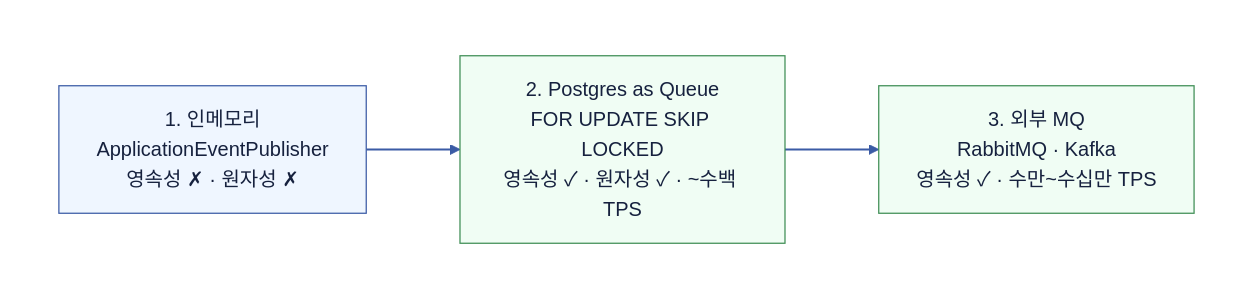
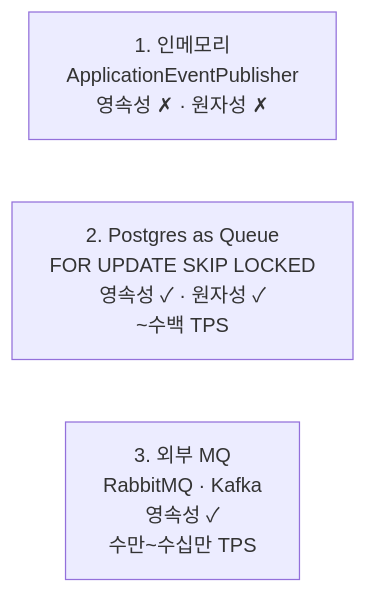
Before and after one commit to Hyune-s-lab/my-ai-study: the fifth of 8 diagrams in computer-science/2607-message-queue.md, drawn with Mermaid. The commit also changed other lines of this file and 49 other files, not shown here.

Commit message:
docs: 단순 다이어그램은 Mermaid로, 복잡한 배치는 SVG로 정리

````diff
--- a/computer-science/2607-message-queue.md
+++ b/computer-science/2607-message-queue.md
@@ -133,20 +107,7 @@
 ```mermaid
 flowchart LR
-%%{init: {"theme": "base", "darkMode": false, "themeVariables": {"background": "#ffffff", "primaryColor": "#EFF6FF", "primaryTextColor": "#16213E", "primaryBorderColor": "#3B5BA5", "secondaryColor": "#F0FDF4", "tertiaryColor": "#FAF5FF", "lineColor": "#3B5BA5", "textColor": "#16213E", "edgeLabelBackground": "#ffffff", "clusterBkg": "#F8FAFC", "clusterBorder": "#CBD5E1"}}}%%
-  subgraph canvas[" "]
-    direction LR
-    mem["1. 인메모리<br/>ApplicationEventPublisher<br/>영속성 ✗ · 원자성 ✗"]
-    pg["2. Postgres as Queue<br/>FOR UPDATE SKIP LOCKED<br/>영속성 ✓ · 원자성 ✓ · ~수백 TPS"]
-    mq["3. 외부 MQ<br/>RabbitMQ · Kafka<br/>영속성 ✓ · 수만~수십만 TPS"]
-  
-    mem --> pg --> mq
-  end
-  style canvas fill:#ffffff,stroke:#ffffff,color:#111827
-  linkStyle default stroke:#3B5BA5,stroke-width:1.5px
-  classDef app fill:#EFF6FF,stroke:#3B5BA5,stroke-width:1px,color:#16213E
-  class mem app
-  classDef db fill:#F0FDF4,stroke:#3F8E55,stroke-width:1px,color:#16213E
-  class pg,mq db
-  classDef policy fill:#FAF5FF,stroke:#A855F7,stroke-width:1px,color:#16213E
-  classDef worker fill:#FFF7ED,stroke:#C98A2B,stroke-width:1px,color:#16213E
+%%{init: {"flowchart": {"curve": "stepAfter", "wrappingWidth": 400}}}%%
+  n_mem["1. 인메모리<br/>ApplicationEventPublisher<br/>영속성 ✗ · 원자성 ✗"]
+  n_pg["2. Postgres as Queue<br/>FOR UPDATE SKIP LOCKED<br/>영속성 ✓ · 원자성 ✓<br/>~수백 TPS"]
+  n_mq["3. 외부 MQ<br/>RabbitMQ · Kafka<br/>영속성 ✓<br/>수만~수십만 TPS"]
 ```
````
